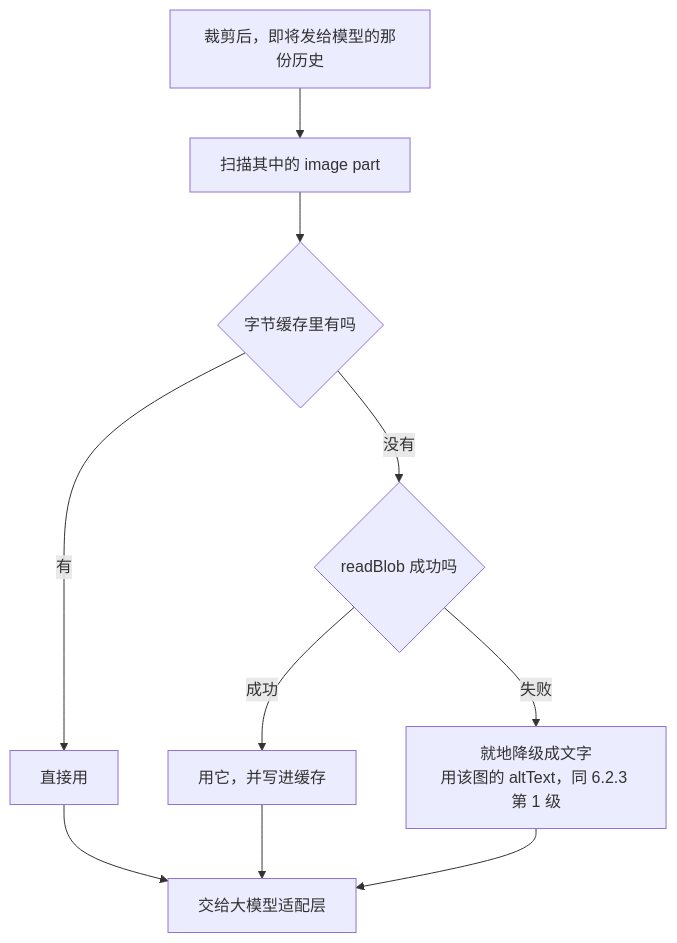
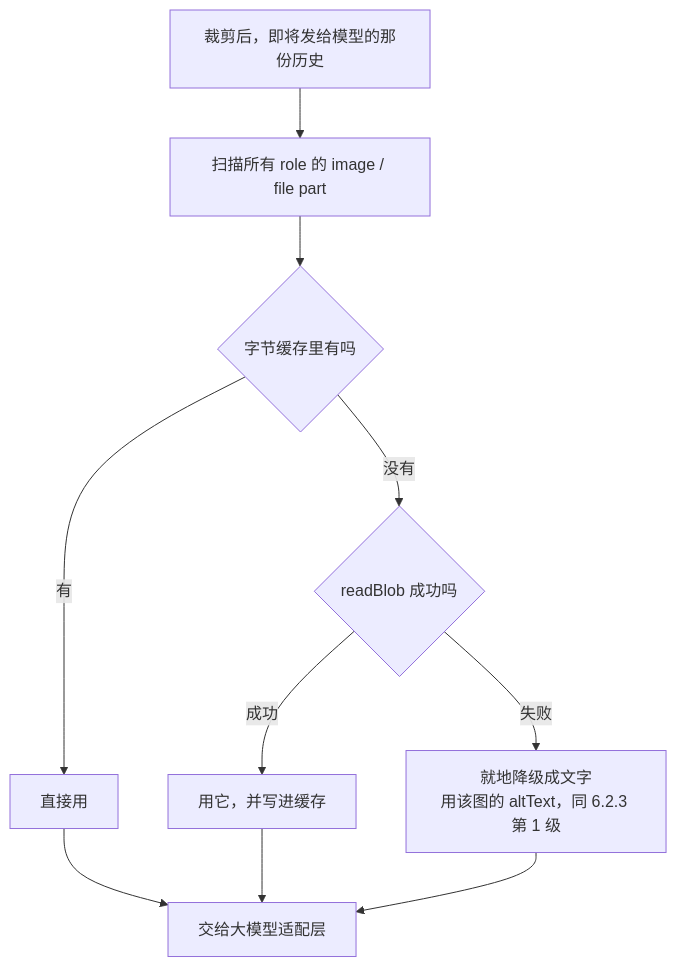
Before and after one commit to shazhou-ww/unidocs: diagram 13 of 18 in docs/superpowers/specs/2026-08-26-agent-sdk-design.md, drawn with Mermaid. The commit also changed other lines of this file, not shown here.

````diff
--- a/docs/superpowers/specs/2026-08-26-agent-sdk-design.md
+++ b/docs/superpowers/specs/2026-08-26-agent-sdk-design.md
@@ -1356,12 +1441,12 @@
 ```mermaid
 flowchart TB
-    T["裁剪后，即将发给模型的那份历史"] --> S["扫描其中的 image part"]
+    T["裁剪后，即将发给模型的那份历史"] --> S["扫描所有 role 的 image / file part"]
     S --> H{"字节缓存里有吗"}
     H -->|有| K["直接用"]
     H -->|没有| R{"readBlob 成功吗"}
     R -->|成功| K2["用它，并写进缓存"]
     R -->|失败| G["就地降级成文字<br/>用该图的 altText，同 6.2.3 第 1 级"]
     K --> OUT["交给大模型适配层"]
     K2 --> OUT
     G --> OUT
 ```
````
